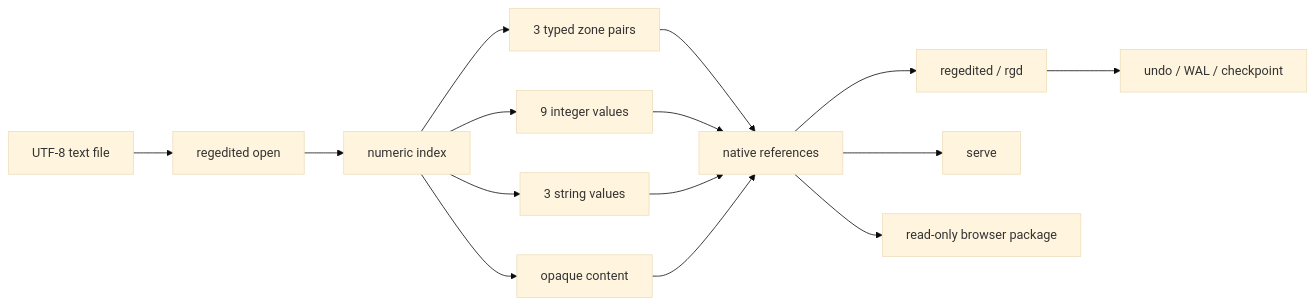
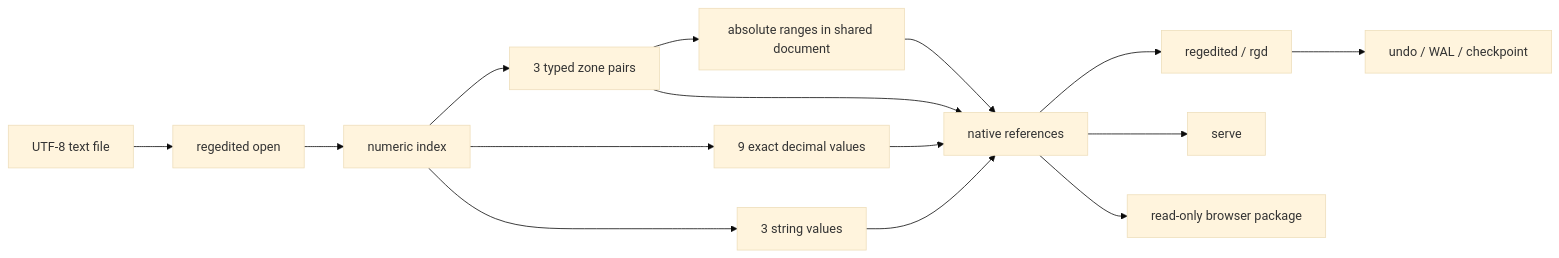
Before and after one commit to CommanderTurtle/regedited: the diagram in README.md, drawn with Mermaid (base theme). The commit also changed other lines of this file and 13 other files, not shown here.

````diff
--- a/README.md
+++ b/README.md
@@ -612,19 +585,19 @@
 ```mermaid
 flowchart LR
     File["UTF-8 text file"] --> Trigger["regedited open"]
     Trigger --> Index["numeric index"]
     Index --> Hex["3 typed zone pairs"]
-    Index --> DB["9 integer values"]
+    Index --> DB["9 exact decimal values"]
     Index --> Strings["3 string values"]
-    Index --> Content["opaque content"]
+    Hex --> Content["absolute ranges in shared document"]
 
     Hex --> Refs["native references"]
     DB --> Refs
     Strings --> Refs
     Content --> Refs
 
     Refs --> CLI["regedited / rgd"]
     Refs --> HTTP["serve"]
     Refs --> Wasm["read-only browser package"]
     CLI --> Safety["undo / WAL / checkpoint"]
 ```
````
